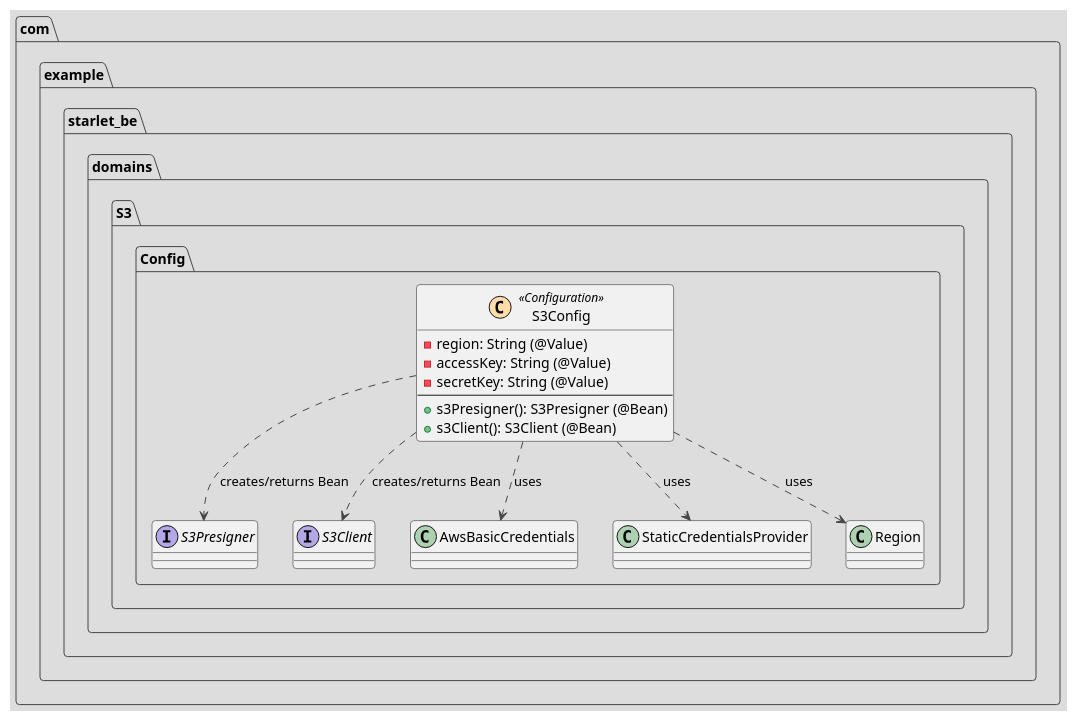
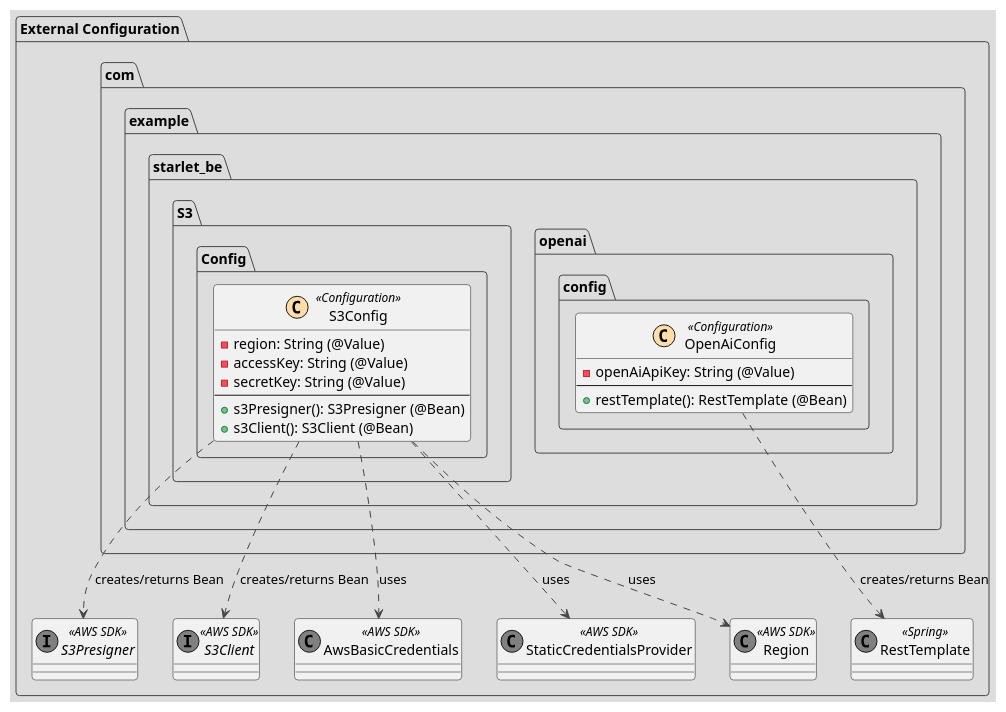
One commit to 2025-YU-SE-Project/Starlet_doc changed the diagram in SDS/Class Diagram UML/external.puml. Above: the diagram before and after it, drawn with PlantUML. The commit also changed 1 other file, not shown here.

Commit message:
edit : external.puml 업데이트
OpenAiConfig 클래스를 추가하였습니다.

```diff
--- a/SDS/Class Diagram UML/external.puml
+++ b/SDS/Class Diagram UML/external.puml
@@ -1,30 +1,52 @@
 @startuml
 !theme toy
-
 top to bottom direction
 
-package "com.example.starlet_be.domains.S3.Config" {
+' 3.2.3 External Config 에 해당하는 다이어그램
+' S3와 OpenAI 설정을 하나의 다이어그램으로 통합
+package "External Configuration" {
 
-    class S3Config << (C,#FFDDAA) Configuration >> {
-        - region: String (@Value)
-        - accessKey: String (@Value)
-        - secretKey: String (@Value)
-        --
-        + s3Presigner(): S3Presigner (@Bean)
-        + s3Client(): S3Client (@Bean)
+    ' === S3 Configuration ===
+    ' S3Config.java 파일의 패키지 경로 반영
+    package "com.example.starlet_be.S3.Config" {
+        class S3Config << (C,#FFDDAA) Configuration >> {
+            - region: String (@Value)
+            - accessKey: String (@Value)
+            - secretKey: String (@Value)
+            --
+            + s3Presigner(): S3Presigner (@Bean)
+            + s3Client(): S3Client (@Bean)
+        }
     }
 
-    interface S3Presigner
-    interface S3Client
-    class AwsBasicCredentials
-    class StaticCredentialsProvider
-    class Region
+    ' === OpenAI Configuration ===
+    ' OpenAiConfig.java 파일의 패키지 경로 반영
+    package "com.example.starlet_be.openai.config" {
+        class OpenAiConfig << (C,#FFDDAA) Configuration >> {
+            - openAiApiKey: String (@Value)
+            --
+            + restTemplate(): RestTemplate (@Bean)
+        }
+    }
 
-    S3Config .down.> S3Presigner : creates/returns Bean
-    S3Config .down.> S3Client : creates/returns Bean
+    ' === S3 Dependencies (External) ===
+    interface S3Presigner << (I,Gray) AWS SDK >>
+    interface S3Client << (I,Gray) AWS SDK >>
+    class AwsBasicCredentials << (C,Gray) AWS SDK >>
+    class StaticCredentialsProvider << (C,Gray) AWS SDK >>
+    class Region << (C,Gray) AWS SDK >>
 
+    ' === OpenAI Dependencies (External) ===
+    class RestTemplate << (C,Gray) Spring >>
+
+    ' === S3 Relationships ===
+    S3Config .down.> S3Presigner : "creates/returns Bean"
+    S3Config .down.> S3Client : "creates/returns Bean"
     S3Config ..> AwsBasicCredentials : uses
     S3Config ..> StaticCredentialsProvider : uses
     S3Config ..> Region : uses
+
+    ' === OpenAI Relationships ===
+    OpenAiConfig .down.> RestTemplate : "creates/returns Bean"
 }
 @enduml
```
